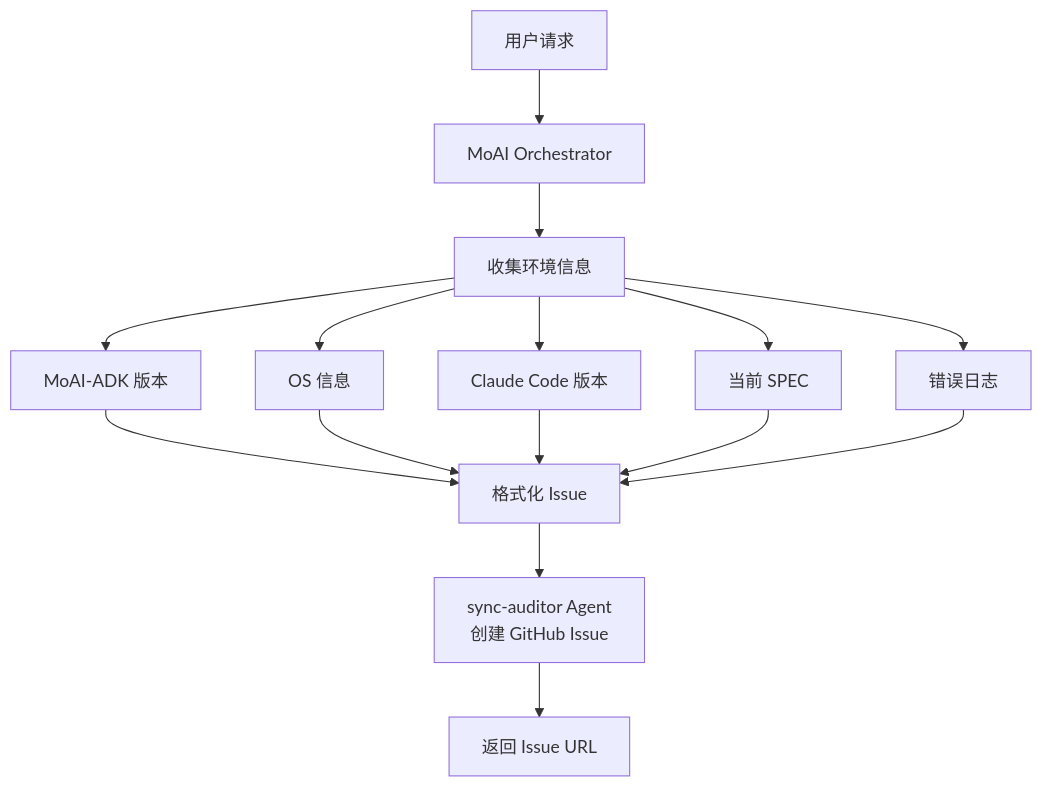
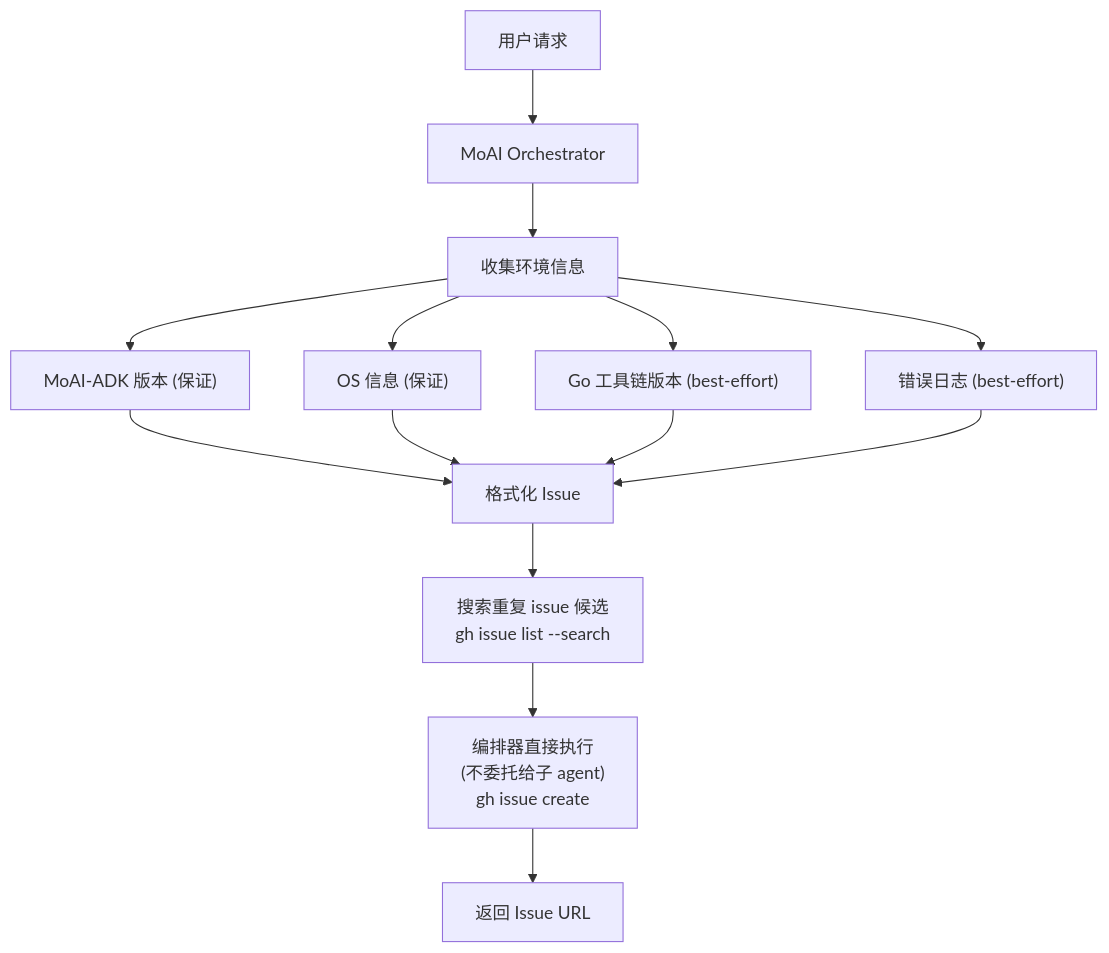
Before and after one commit to modu-ai/moai-adk: the second of 2 diagrams in docs-site/content/zh/utility-commands/moai-feedback.md, drawn with Mermaid. The commit also changed other lines of this file and 3 other files, not shown here.

First line of the commit message:
feat(SPEC-V3R6-DOCS-I18N-COMPLETION-001): M2 — REQ-DPC-006 en/ja/zh feedback 번역 + sync-auditor 정정

````diff
--- a/docs-site/content/zh/utility-commands/moai-feedback.md
+++ b/docs-site/content/zh/utility-commands/moai-feedback.md
@@ -126,20 +152,19 @@
 ```mermaid
 flowchart TD
     User["用户请求"] --> Orchestrator["MoAI Orchestrator"]
     Orchestrator --> Collect["收集环境信息"]
 
-    Collect --> Info1["MoAI-ADK 版本"]
-    Collect --> Info2["OS 信息"]
-    Collect --> Info3["Claude Code 版本"]
-    Collect --> Info4["当前 SPEC"]
-    Collect --> Info5["错误日志"]
+    Collect --> Info1["MoAI-ADK 版本 (保证)"]
+    Collect --> Info2["OS 信息 (保证)"]
+    Collect --> Info3["Go 工具链版本 (best-effort)"]
+    Collect --> Info4["错误日志 (best-effort)"]
 
     Info1 --> Format["格式化 Issue"]
     Info2 --> Format
     Info3 --> Format
     Info4 --> Format
-    Info5 --> Format
 
-    Format --> GitHub["sync-auditor Agent<br/>创建 GitHub Issue"]
+    Format --> Dup["搜索重复 issue 候选<br/>gh issue list --search"]
+    Dup --> GitHub["编排器直接执行<br/>(不委托给子 agent)<br/>gh issue create"]
     GitHub --> Complete["返回 Issue URL"]
 ```
````
